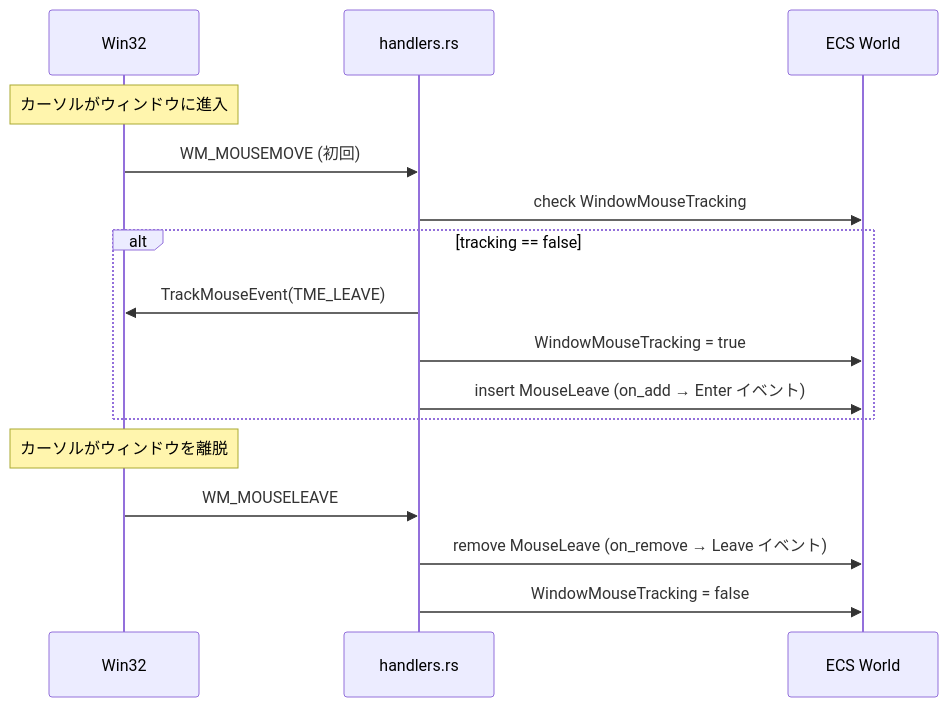
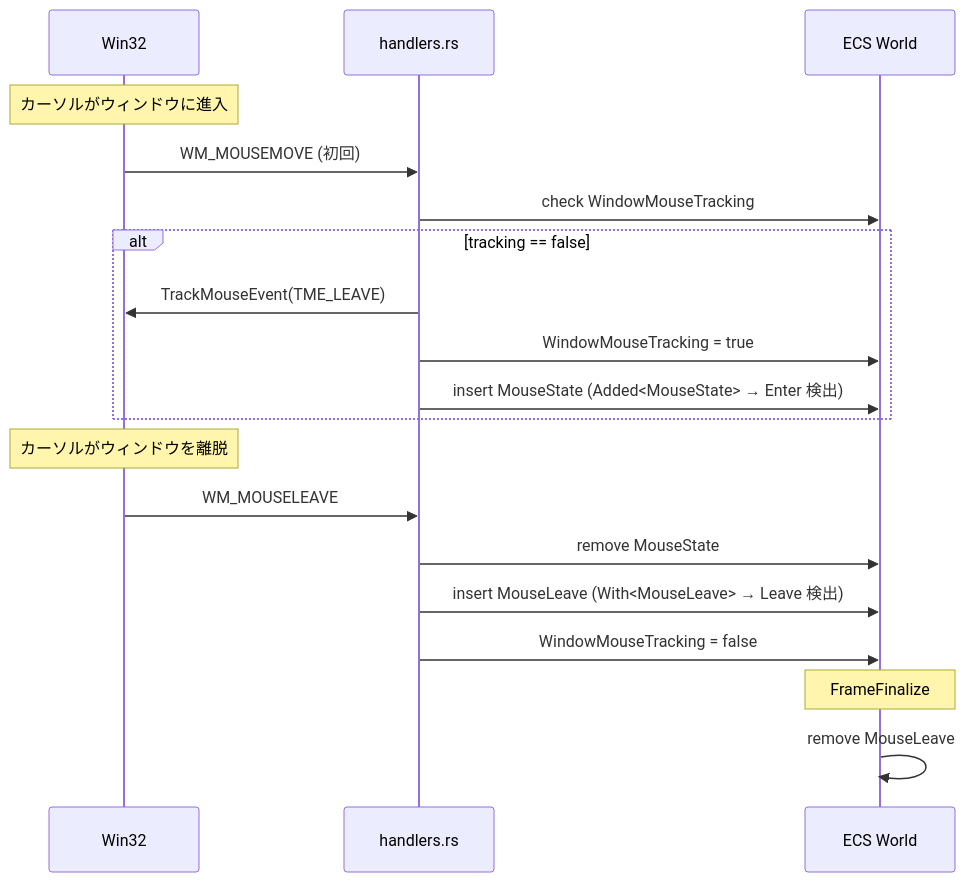
Before and after one commit to ekicyou/dcomp_sample-rs: the third of 5 diagrams in .kiro/specs/event-mouse-basic/design.md, drawn with Mermaid. The commit also changed other lines of this file, not shown here.

Commit message:
fix(event-mouse-basic): Enter/Leave フロー図を修正
- Enter: insert MouseState (Added<MouseState> で検出)
- Leave: remove MouseState + insert MouseLeave (With<MouseLeave> で検出)
- FrameFinalize での MouseLeave 削除を図に追加
- テスト項目名を修正

Spec: event-mouse-basic

````diff
--- a/.kiro/specs/event-mouse-basic/design.md
+++ b/.kiro/specs/event-mouse-basic/design.md
@@ -119,20 +119,24 @@
 ```mermaid
 sequenceDiagram
     participant Win32 as Win32
     participant Handler as handlers.rs
     participant ECS as ECS World
     
     Note over Win32: カーソルがウィンドウに進入
     Win32->>Handler: WM_MOUSEMOVE (初回)
     Handler->>ECS: check WindowMouseTracking
     alt tracking == false
         Handler->>Win32: TrackMouseEvent(TME_LEAVE)
         Handler->>ECS: WindowMouseTracking = true
-        Handler->>ECS: insert MouseLeave (on_add → Enter イベント)
+        Handler->>ECS: insert MouseState (Added<MouseState> → Enter 検出)
     end
     
     Note over Win32: カーソルがウィンドウを離脱
     Win32->>Handler: WM_MOUSELEAVE
-    Handler->>ECS: remove MouseLeave (on_remove → Leave イベント)
+    Handler->>ECS: remove MouseState
+    Handler->>ECS: insert MouseLeave (With<MouseLeave> → Leave 検出)
     Handler->>ECS: WindowMouseTracking = false
+    
+    Note over ECS: FrameFinalize
+    ECS->>ECS: remove MouseLeave
 ```
````
